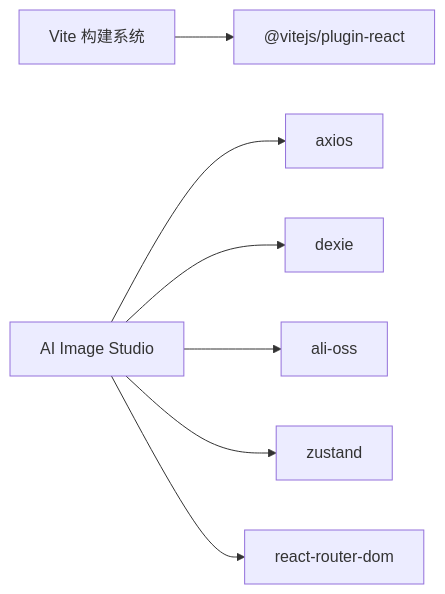
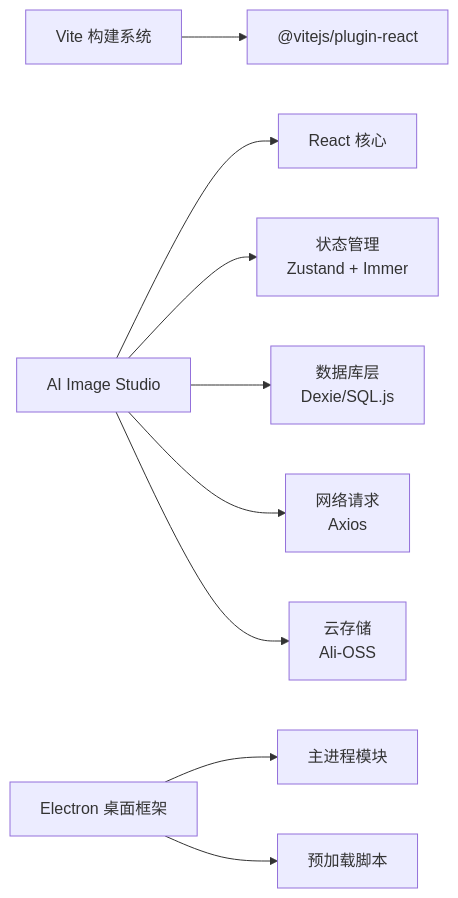
The fourth of 4 diagrams in .qoder/repowiki/zh/content/部署指南.md (AlbusWei/AI-Image-Studio), drawn with Mermaid before and after one commit. The commit also changed other lines of this file and 37 other files, not shown here.

````diff
--- a/.qoder/repowiki/zh/content/部署指南.md
+++ b/.qoder/repowiki/zh/content/部署指南.md
@@ -227,9 +245,11 @@
 ```mermaid
 graph LR
 Vite["Vite 构建系统"] --> React["@vitejs/plugin-react"]
-App["AI Image Studio"] --> Axios["axios"]
-App --> Dexie["dexie"]
-App --> OSS["ali-oss"]
-App --> Zustand["zustand"]
-App --> Router["react-router-dom"]
+App["AI Image Studio"] --> ReactCore["React 核心"]
+App --> State["状态管理<br/>Zustand + Immer"]
+App --> DB["数据库层<br/>Dexie/SQL.js"]
+App --> Network["网络请求<br/>Axios"]
+App --> Storage["云存储<br/>Ali-OSS"]
+Electron["Electron 桌面框架"] --> MainProcess["主进程模块"]
+Electron --> Preload["预加载脚本"]
 ```
````
